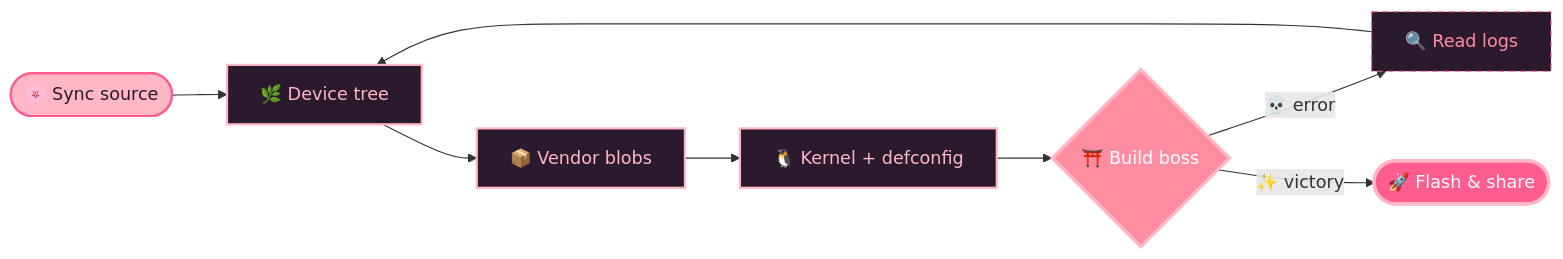
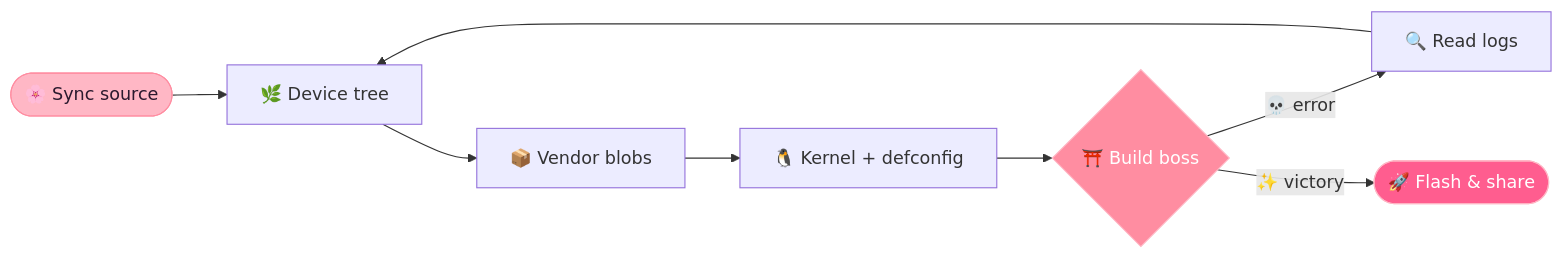
One commit to Huy7684/Huy7684 changed the diagram in README.md. Above: the diagram before and after it, drawn with Mermaid. The commit also changed other lines of this file, not shown here.

````diff
--- a/README.md
+++ b/README.md
@@ -48,17 +44,13 @@
 ```mermaid
 flowchart LR
     A([🌸 Sync source]) --> B[🌿 Device tree]
     B --> C[📦 Vendor blobs]
     C --> D[🐧 Kernel + defconfig]
     D --> E{⛩️ Build boss}
     E -->|💀 error| F[🔍 Read logs]
     F --> B
     E -->|✨ victory| G([🚀 Flash & share])
-    style A fill:#FFB7C5,stroke:#FF5D8F,stroke-width:2px,color:#2b192e
-    style B fill:#2b192e,stroke:#FFB7C5,stroke-width:2px,color:#FFB7C5
-    style C fill:#2b192e,stroke:#FFB7C5,stroke-width:2px,color:#FFB7C5
-    style D fill:#2b192e,stroke:#FFB7C5,stroke-width:2px,color:#FFB7C5
-    style F fill:#2b192e,stroke:#FF5D8F,stroke-dasharray: 5 5,color:#FF8DA1
-    style E fill:#FF8DA1,stroke:#FFB7C5,stroke-width:3px,color:#fff
-    style G fill:#FF5D8F,stroke:#FFB7C5,stroke-width:3px,color:#fff
+    style A fill:#FFB7C5,stroke:#FF8DA1,color:#2b192e
+    style E fill:#FF8DA1,stroke:#FFB7C5,color:#fff
+    style G fill:#FF5D8F,stroke:#FFB7C5,color:#fff
 ```
````
